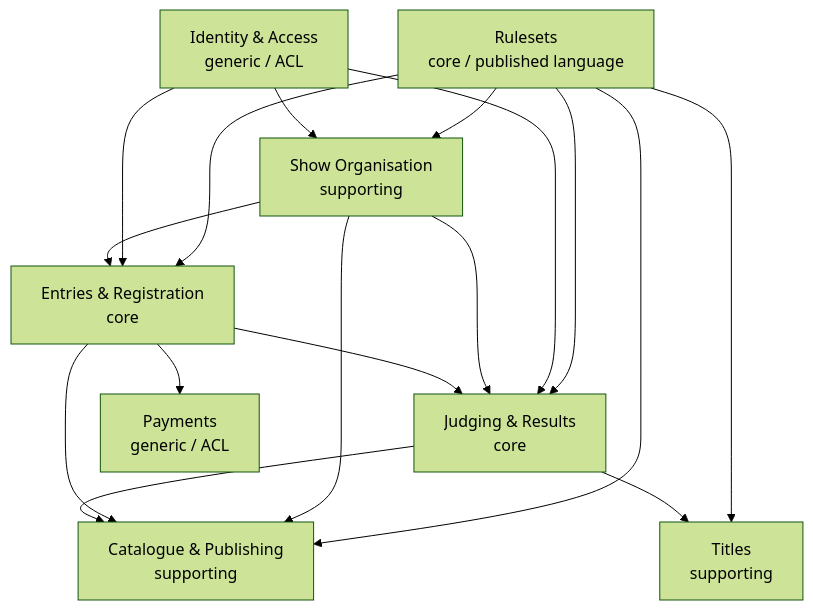
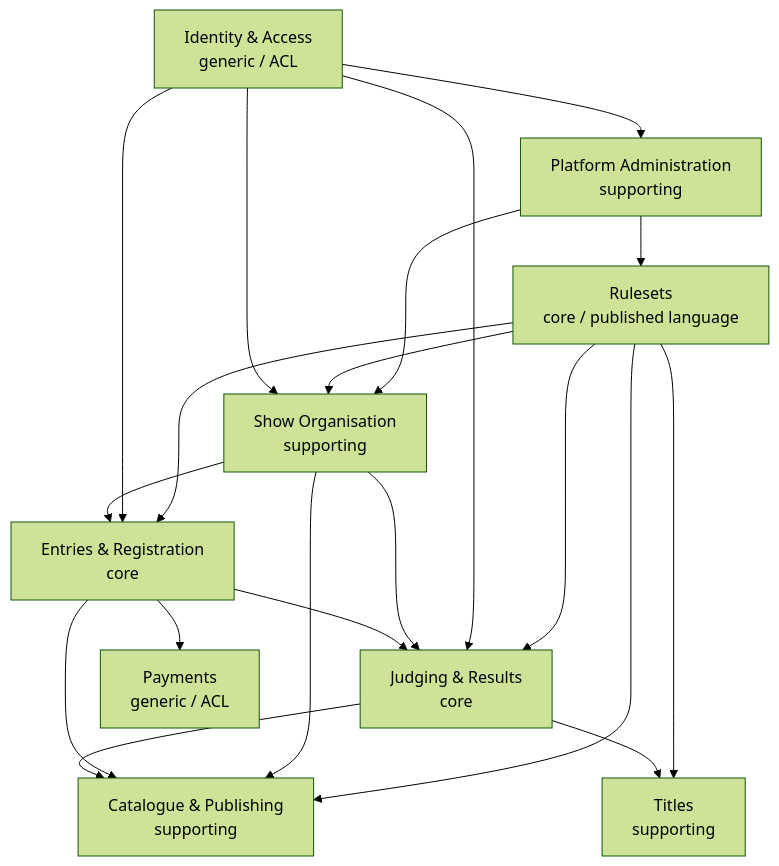
Before and after one commit to open-dog-show/open-dog-show: the diagram in CONTEXT-MAP.md, drawn with Mermaid (forest theme). The commit also changed other lines of this file and 2 other files, not shown here.

Commit message:
docs(domain): add Platform Administration context + Platform Administrator role [#8]

````diff
--- a/CONTEXT-MAP.md
+++ b/CONTEXT-MAP.md
@@ -32,28 +35,32 @@
 ```mermaid
 flowchart TD
   RS[Rulesets<br/>core / published language]
   IAM[Identity & Access<br/>generic / ACL]
   SO[Show Organisation<br/>supporting]
   EN[Entries & Registration<br/>core]
   JR[Judging & Results<br/>core]
   TI[Titles<br/>supporting]
   CP[Catalogue & Publishing<br/>supporting]
   PAY[Payments<br/>generic / ACL]
+  PA[Platform Administration<br/>supporting]
 
+  PA --> SO
+  PA --> RS
+  IAM --> PA
   RS --> SO
   RS --> EN
   RS --> JR
   RS --> CP
   RS --> TI
   IAM --> SO
   IAM --> EN
   IAM --> JR
   SO --> EN
   SO --> JR
   SO --> CP
   EN --> PAY
   EN --> JR
   EN --> CP
   JR --> CP
   JR --> TI
 ```
````
